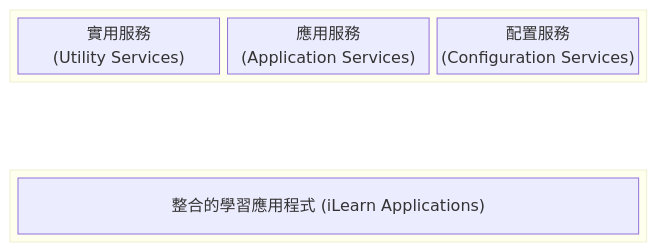
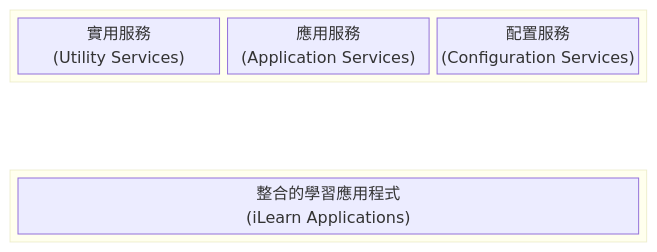
The third of 3 diagrams in _posts/2026/01/2026-01-29-software-engineering-ch01.md (jackey890819/jackey890819.github.io), drawn with Mermaid before and after one commit. The commit also changed other lines of this file and 8 other files, not shown here.

````diff
--- a/_posts/2026/01/2026-01-29-software-engineering-ch01.md
+++ b/_posts/2026/01/2026-01-29-software-engineering-ch01.md
@@ -138,15 +138,15 @@
 ```mermaid
 block-beta
 columns 1
   block:Services
     columns 3
     UtilityServices["實用服務<br>(Utility Services)"]
     AppServices["應用服務<br>(Application Services)"]
     ConfigServices["配置服務<br>(Configuration Services)"]
   end
   space
   block:Integration
     columns 1
-    IntegratedApps["整合的學習應用程式 (iLearn Applications)"]
+    IntegratedApps["整合的學習應用程式<br>(iLearn Applications)"]
   end
 ```
````
